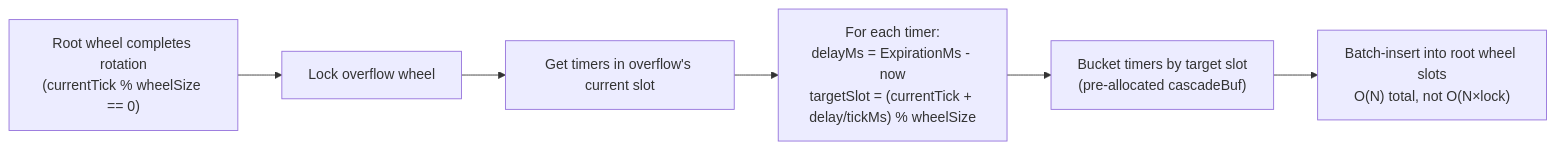
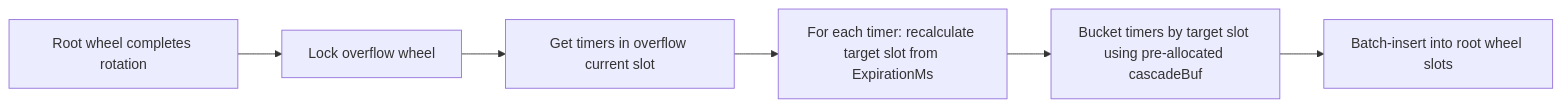
Before and after one commit to jatin711-debug/cronos_db_golang: diagram 13 of 36 in ARCHITECTURE.md, drawn with Mermaid. The commit also changed other lines of this file, not shown here.

First line of the commit message:
docs(architecture): simplify documentation structure and improve clarity

````diff
--- a/ARCHITECTURE.md
+++ b/ARCHITECTURE.md
@@ -472,8 +450,8 @@
 ```mermaid
 flowchart LR
-    A["Root wheel completes rotation<br/>(currentTick % wheelSize == 0)"] --> B["Lock overflow wheel"]
-    B --> C["Get timers in overflow's current slot"]
-    C --> D["For each timer:<br/>delayMs = ExpirationMs - now<br/>targetSlot = (currentTick + delay/tickMs) % wheelSize"]
-    D --> E["Bucket timers by target slot<br/>(pre-allocated cascadeBuf)"]
-    E --> F["Batch-insert into root wheel slots<br/>O(N) total, not O(N×lock)"]
+    A[Root wheel completes rotation] --> B[Lock overflow wheel]
+    B --> C[Get timers in overflow current slot]
+    C --> D[For each timer: recalculate target slot from ExpirationMs]
+    D --> E[Bucket timers by target slot using pre-allocated cascadeBuf]
+    E --> F[Batch-insert into root wheel slots]
 ```
````
